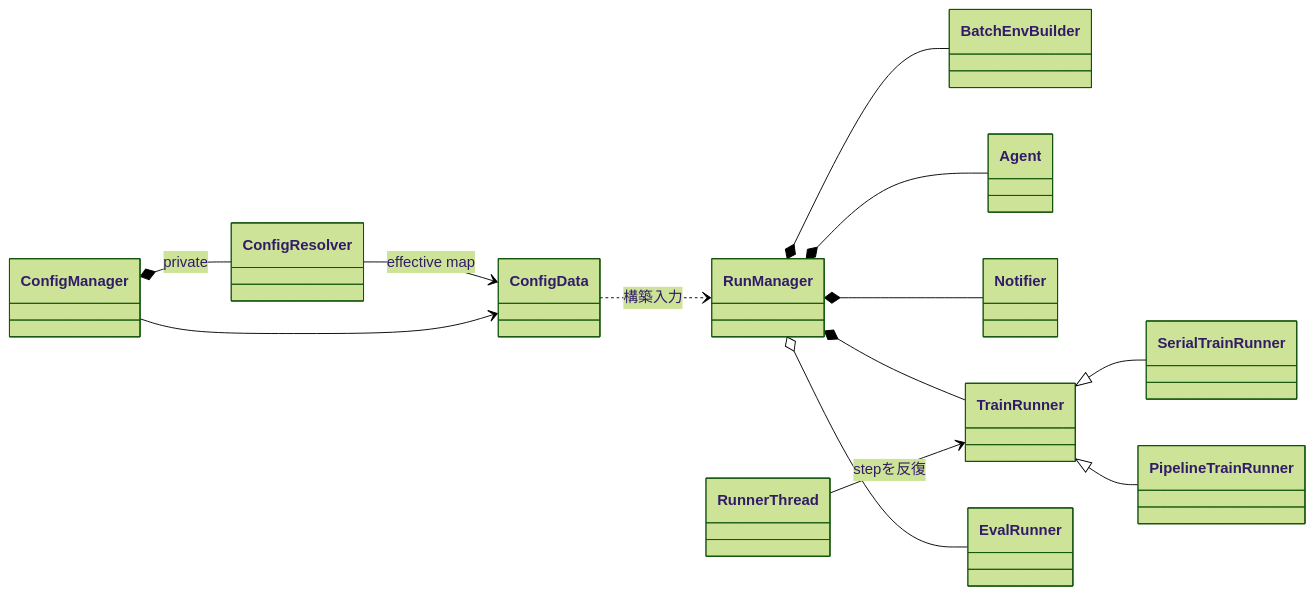
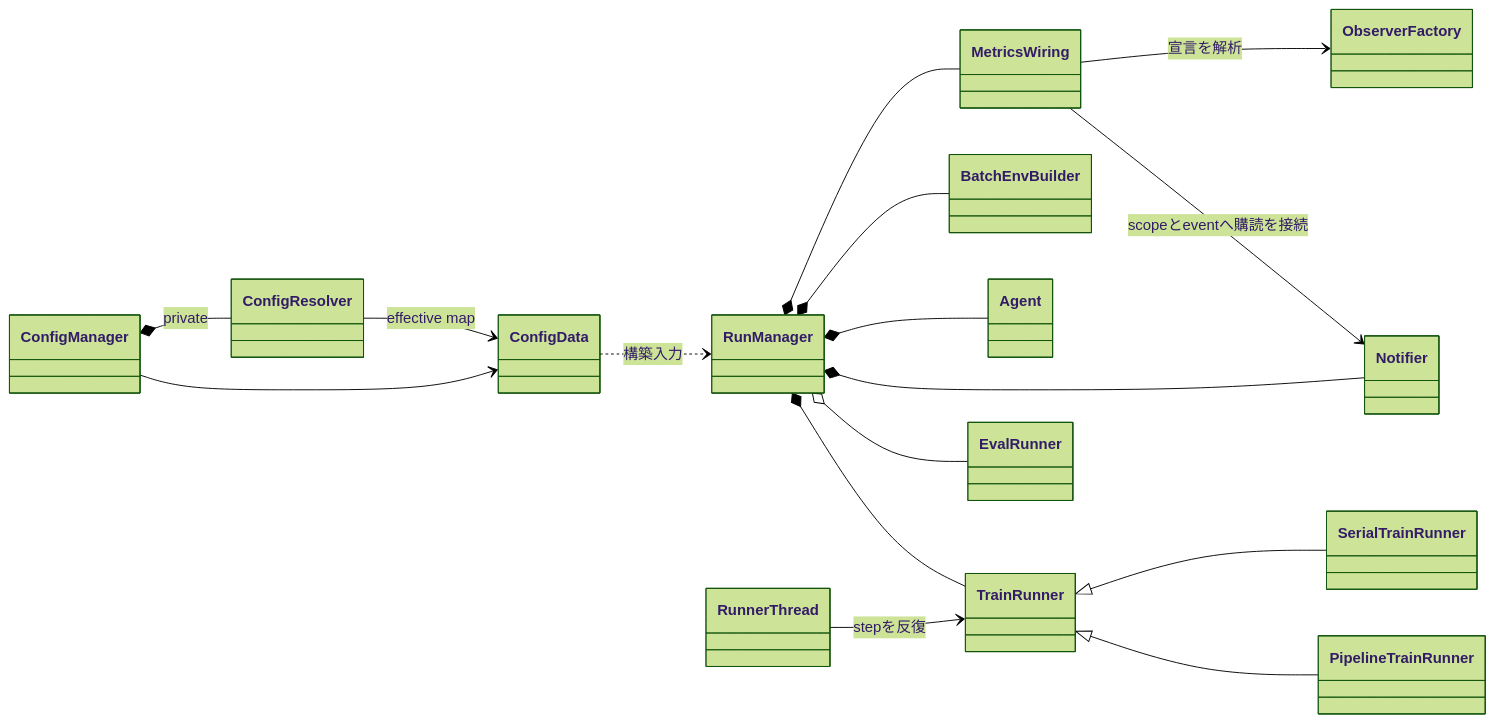
Before and after one commit to kazukin123/anet-lab: the first of 4 diagrams in docs/design/100_runtime_and_configuration.jp.md, drawn with Mermaid (forest theme). The commit also changed other lines of this file and 54 other files, not shown here.

````diff
--- a/docs/design/100_runtime_and_configuration.jp.md
+++ b/docs/design/100_runtime_and_configuration.jp.md
@@ -120,30 +120,35 @@
 ```mermaid
 classDiagram
 direction LR
 
 class ConfigManager
 class ConfigResolver
 class ConfigData
 class RunManager
+class MetricsWiring
+class ObserverFactory
 class BatchEnvBuilder
 class Agent
 class Notifier
 class TrainRunner
 class SerialTrainRunner
 class PipelineTrainRunner
 class EvalRunner
 class RunnerThread
 
 ConfigManager *-- ConfigResolver : private
 ConfigResolver --> ConfigData : effective map
 ConfigManager --> ConfigData
 ConfigData ..> RunManager : 構築入力
 RunManager *-- BatchEnvBuilder
 RunManager *-- Agent
+RunManager *-- MetricsWiring
+MetricsWiring --> ObserverFactory : 宣言を解析
+MetricsWiring --> Notifier : scopeとeventへ購読を接続
 RunManager *-- Notifier
 RunManager *-- TrainRunner
 RunManager o-- EvalRunner
 TrainRunner <|-- SerialTrainRunner
 TrainRunner <|-- PipelineTrainRunner
 RunnerThread --> TrainRunner : stepを反復
 ```
````
